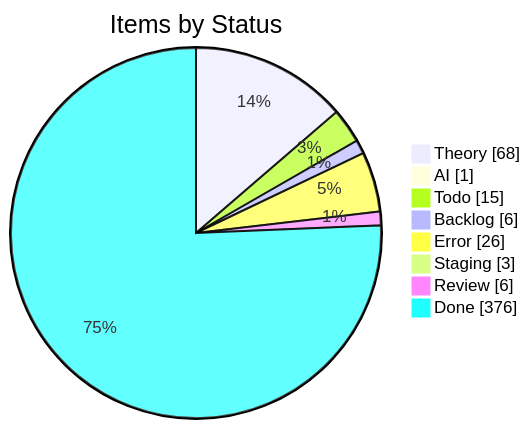
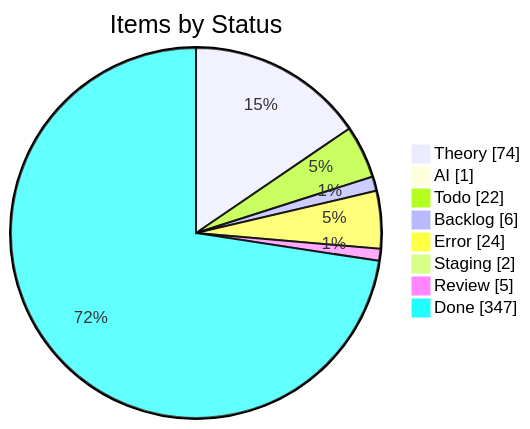
The first of 4 diagrams in apps/kbve/astro-kbve/src/content/docs/dashboard/kanban-data.mdx (KBVE/kbve), drawn with Mermaid before and after one commit. The commit also changed other lines of this file and 8 other files, not shown here.

````diff
--- a/apps/kbve/astro-kbve/src/content/docs/dashboard/kanban-data.mdx
+++ b/apps/kbve/astro-kbve/src/content/docs/dashboard/kanban-data.mdx
@@ -55,12 +55,12 @@
 ```mermaid
 pie showData
     title Items by Status
-    "Theory" : 68
+    "Theory" : 74
     "AI" : 1
-    "Todo" : 15
+    "Todo" : 22
     "Backlog" : 6
-    "Error" : 26
-    "Staging" : 3
-    "Review" : 6
-    "Done" : 376
+    "Error" : 24
+    "Staging" : 2
+    "Review" : 5
+    "Done" : 347
 ```
````
